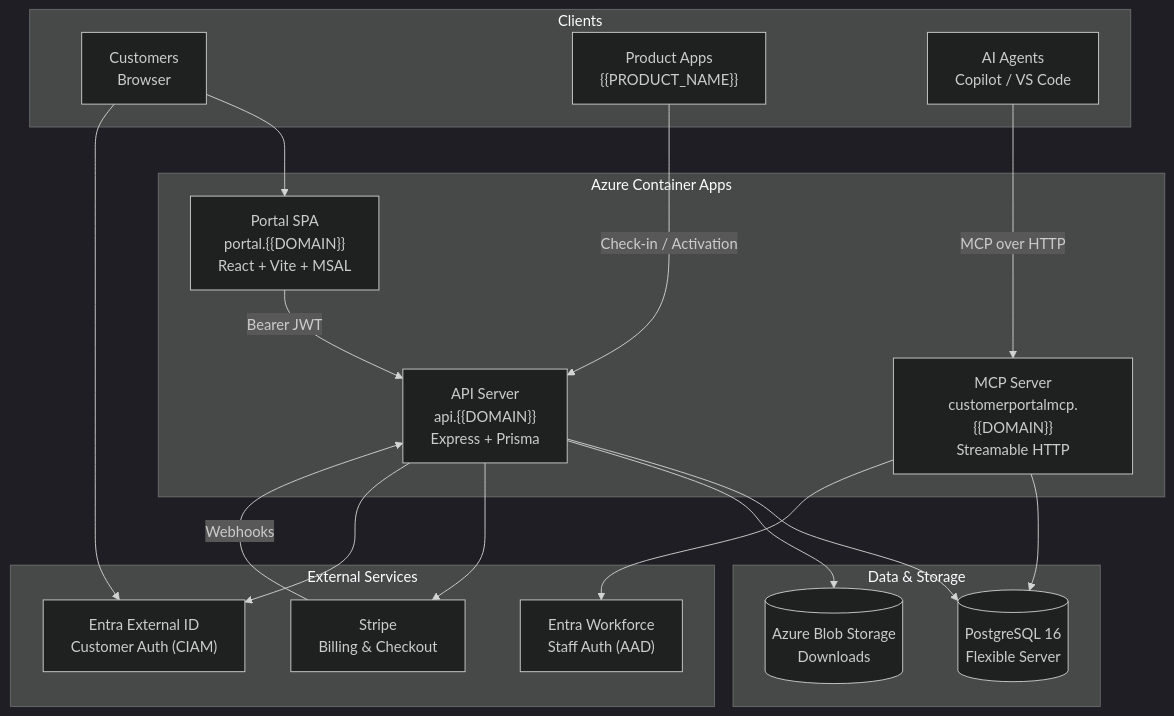
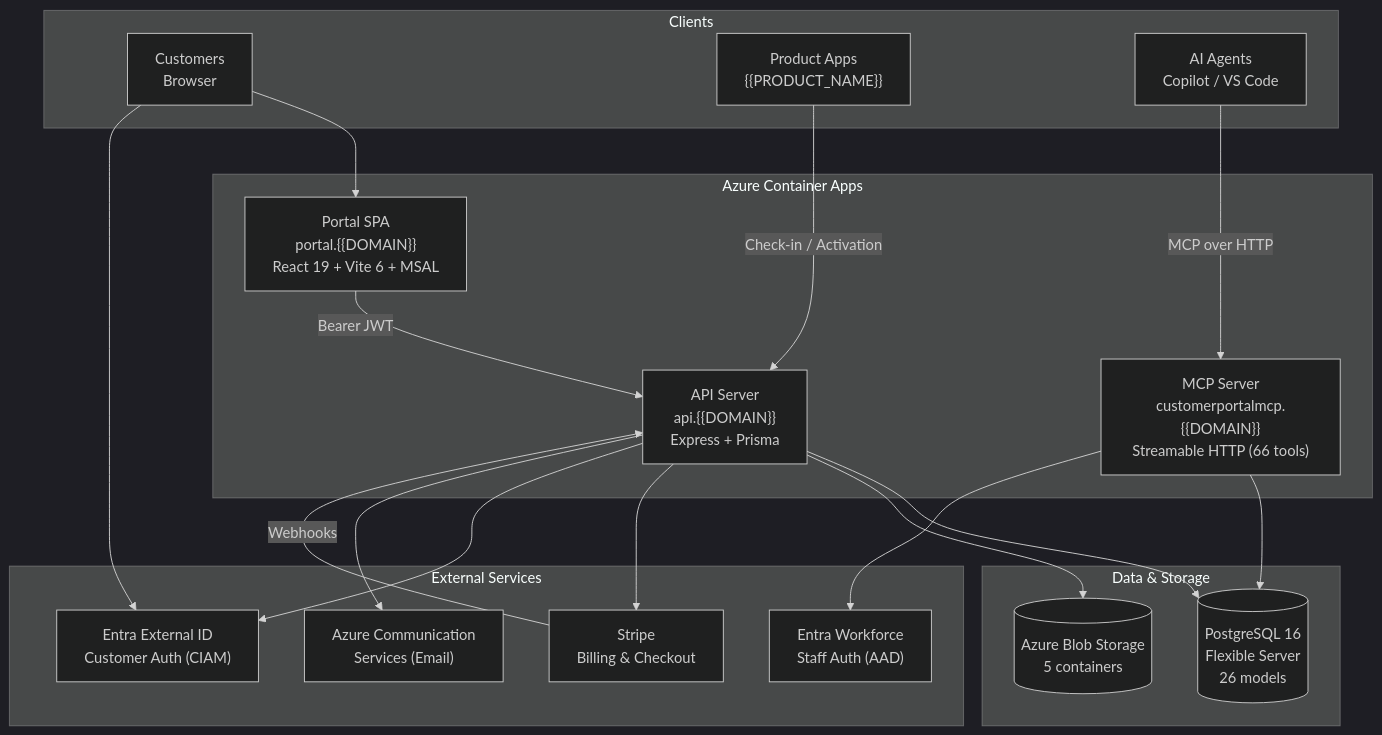
One commit to Mojo-Up/mju-customerportal-bootstrap changed the first of 5 diagrams in docs/architecture.md. Above: the diagram before and after it, drawn with Mermaid (dark theme). The commit also changed other lines of this file and 37 other files, not shown here.

````diff
--- a/docs/architecture.md
+++ b/docs/architecture.md
@@ -7,40 +7,42 @@
 ```mermaid
 graph TB
     subgraph Clients["Clients"]
         Browser["Customers<br/>Browser"]
         ProductApp["Product Apps<br/>{{PRODUCT_NAME}}"]
         AIAgent["AI Agents<br/>Copilot / VS Code"]
     end
 
     subgraph Azure["Azure Container Apps"]
-        Portal["Portal SPA<br/>portal.{{DOMAIN}}<br/>React + Vite + MSAL"]
+        Portal["Portal SPA<br/>portal.{{DOMAIN}}<br/>React 19 + Vite 6 + MSAL"]
         API["API Server<br/>api.{{DOMAIN}}<br/>Express + Prisma"]
-        MCP["MCP Server<br/>customerportalmcp.{{DOMAIN}}<br/>Streamable HTTP"]
+        MCP["MCP Server<br/>customerportalmcp.{{DOMAIN}}<br/>Streamable HTTP (66 tools)"]
     end
 
     subgraph Data["Data & Storage"]
-        DB[("PostgreSQL 16<br/>Flexible Server")]
-        Blob[("Azure Blob Storage<br/>Downloads")]
+        DB[("PostgreSQL 16<br/>Flexible Server<br/>26 models")]
+        Blob[("Azure Blob Storage<br/>5 containers")]
     end
 
     subgraph External["External Services"]
         Stripe["Stripe<br/>Billing & Checkout"]
         EntraCIAM["Entra External ID<br/>Customer Auth (CIAM)"]
         EntraWF["Entra Workforce<br/>Staff Auth (AAD)"]
+        ACS["Azure Communication<br/>Services (Email)"]
     end
 
     Browser --> Portal
     Browser --> EntraCIAM
     Portal -->|Bearer JWT| API
     ProductApp -->|Check-in / Activation| API
     AIAgent -->|MCP over HTTP| MCP
 
     API --> DB
     API --> Blob
     API --> Stripe
     API --> EntraCIAM
+    API --> ACS
     MCP --> DB
     MCP --> EntraWF
 
     Stripe -->|Webhooks| API
 ```
````
